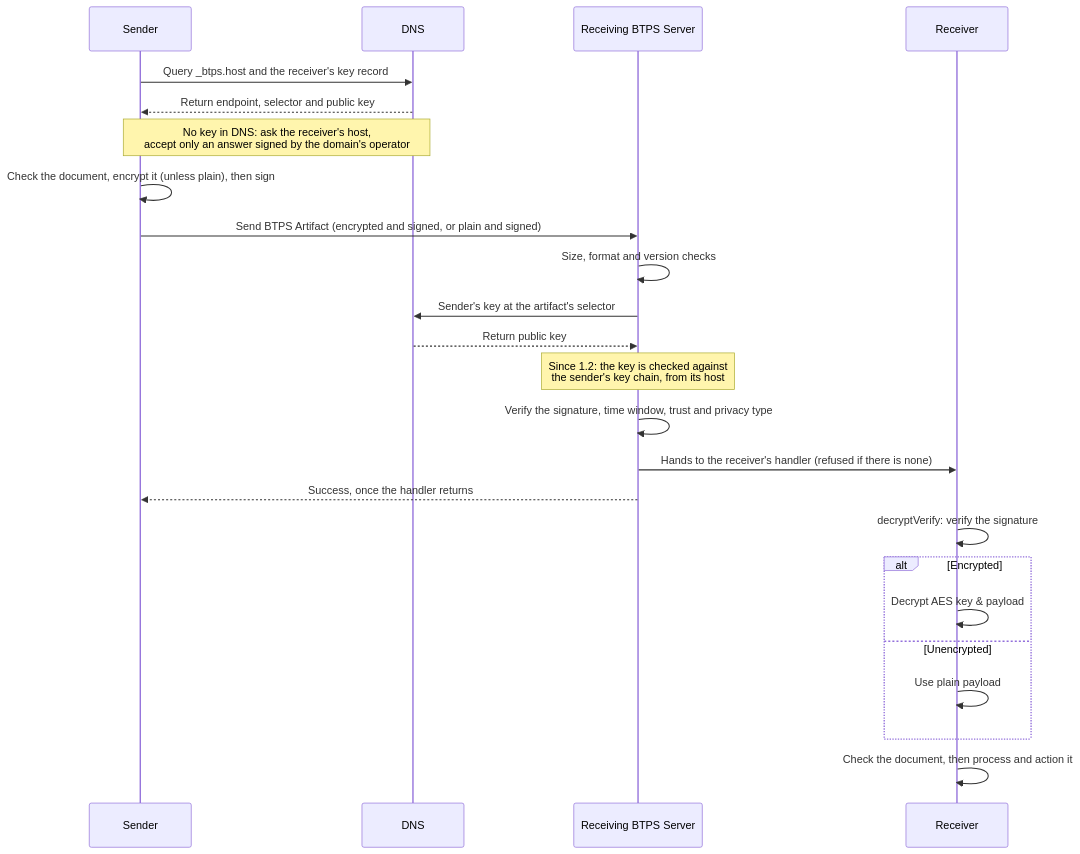
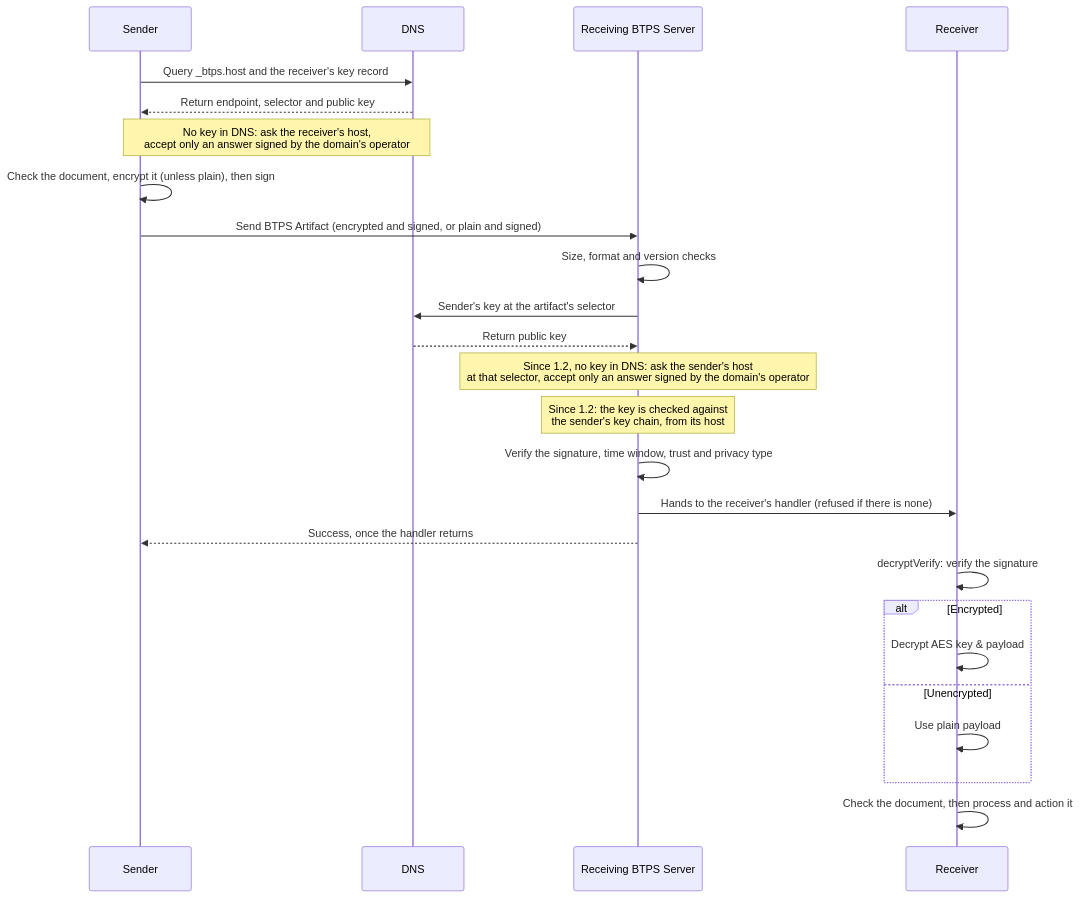
One commit to openbtps/btps-node changed the diagram in docs/docusaurus/docs/protocol/security/overview.md. Above: the diagram before and after it, drawn with Mermaid. The commit also changed 28 other files, not shown here.

Commit message:
Document finding a signature key through the identity's host, and what a device checks

````diff
--- a/docs/docusaurus/docs/protocol/security/overview.md
+++ b/docs/docusaurus/docs/protocol/security/overview.md
@@ -12,26 +12,27 @@
 ```mermaid
 sequenceDiagram
     participant Sender
     participant DNS
     participant Receiving BTPS Server
     participant Receiver
     Sender->>DNS: Query _btps.host and the receiver's key record
     DNS-->>Sender: Return endpoint, selector and public key
     Note over Sender,DNS: No key in DNS: ask the receiver's host,<br/>accept only an answer signed by the domain's operator
     Sender->>Sender: Check the document, encrypt it (unless plain), then sign
     Sender->>Receiving BTPS Server: Send BTPS Artifact (encrypted and signed, or plain and signed)
     Receiving BTPS Server->>Receiving BTPS Server: Size, format and version checks
     Receiving BTPS Server->>DNS: Sender's key at the artifact's selector
     DNS-->>Receiving BTPS Server: Return public key
+    Note over Receiving BTPS Server: Since 1.2, no key in DNS: ask the sender's host<br/>at that selector, accept only an answer signed by the domain's operator
     Note over Receiving BTPS Server: Since 1.2: the key is checked against<br/>the sender's key chain, from its host
     Receiving BTPS Server->>Receiving BTPS Server: Verify the signature, time window, trust and privacy type
     Receiving BTPS Server->>Receiver: Hands to the receiver's handler (refused if there is none)
     Receiving BTPS Server-->>Sender: Success, once the handler returns
     Receiver->>Receiver: decryptVerify: verify the signature
     alt Encrypted
         Receiver->>Receiver: Decrypt AES key & payload
     else Unencrypted
         Receiver->>Receiver: Use plain payload
     end
     Receiver->>Receiver: Check the document, then process and action it
 ```
````
